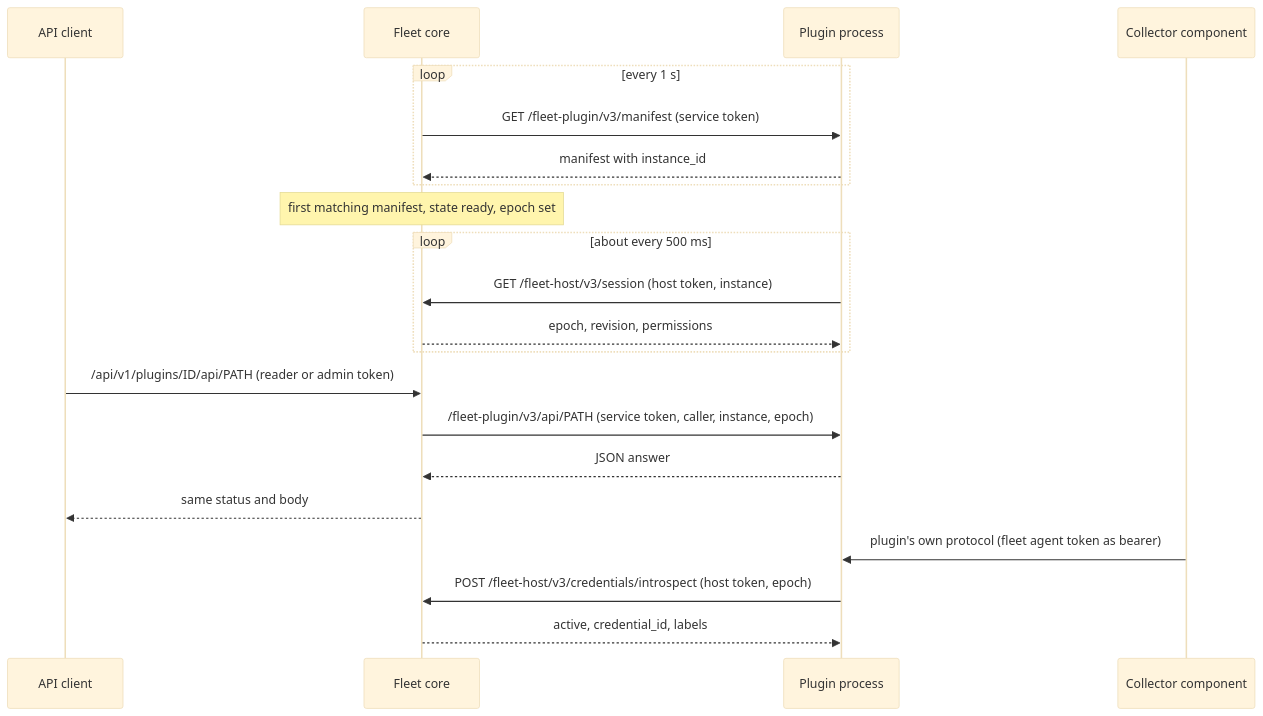
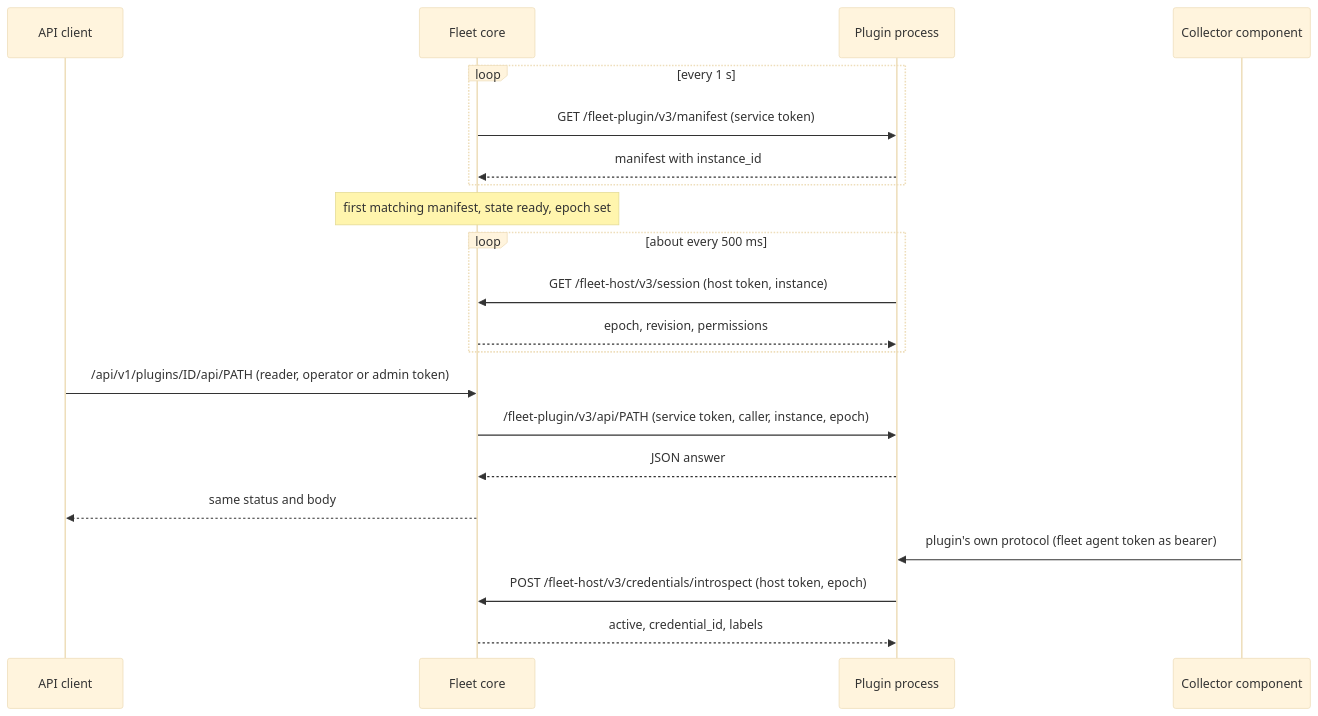
One commit to lineahq/linea changed the diagram in docs/fleet/plugins.md. Above: the diagram before and after it, drawn with Mermaid (base theme). The commit also changed other lines of this file and 52 other files, not shown here.

````diff
--- a/docs/fleet/plugins.md
+++ b/docs/fleet/plugins.md
@@ -62,23 +62,23 @@
 ```mermaid
 sequenceDiagram
   participant C as API client
   participant F as Fleet core
   participant P as Plugin process
   participant K as Collector component
   loop every 1 s
     F->>P: GET /fleet-plugin/v3/manifest (service token)
     P-->>F: manifest with instance_id
   end
   Note over F: first matching manifest, state ready, epoch set
   loop about every 500 ms
     P->>F: GET /fleet-host/v3/session (host token, instance)
     F-->>P: epoch, revision, permissions
   end
-  C->>F: /api/v1/plugins/ID/api/PATH (reader or admin token)
+  C->>F: /api/v1/plugins/ID/api/PATH (reader, operator or admin token)
   F->>P: /fleet-plugin/v3/api/PATH (service token, caller, instance, epoch)
   P-->>F: JSON answer
   F-->>C: same status and body
   K->>P: plugin's own protocol (fleet agent token as bearer)
   P->>F: POST /fleet-host/v3/credentials/introspect (host token, epoch)
   F-->>P: active, credential_id, labels
 ```
````
